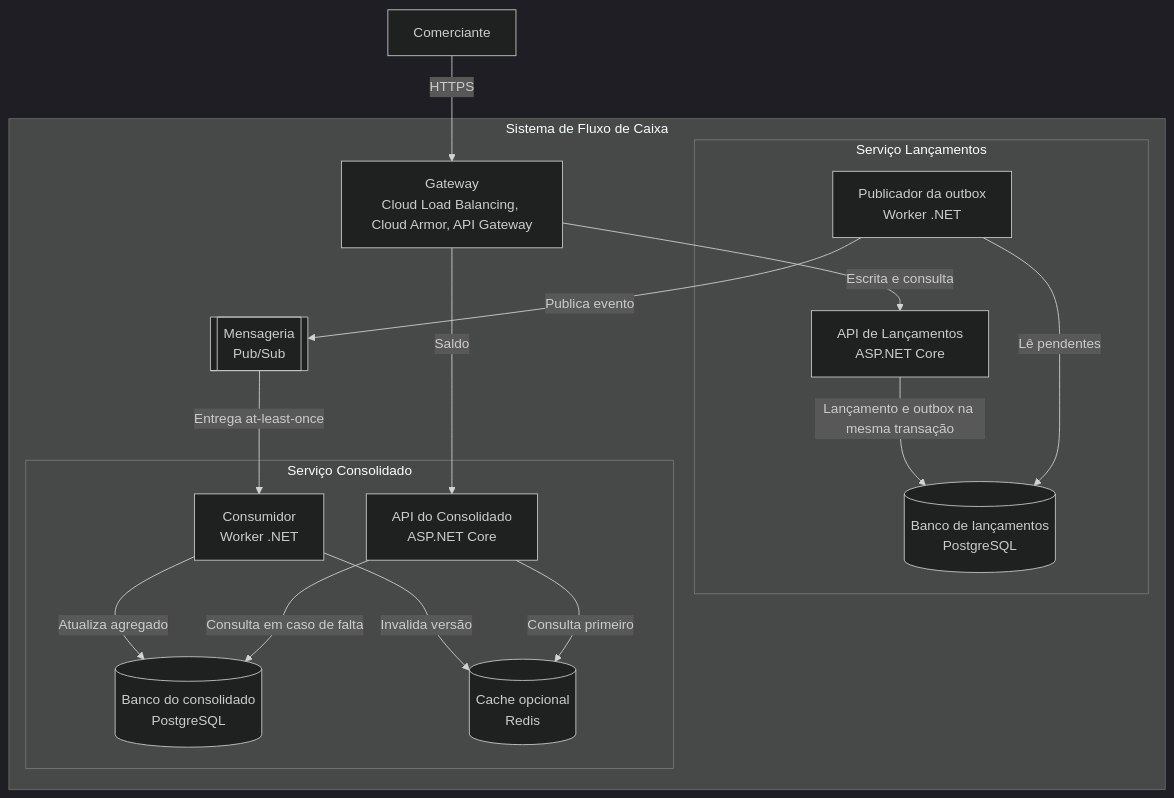
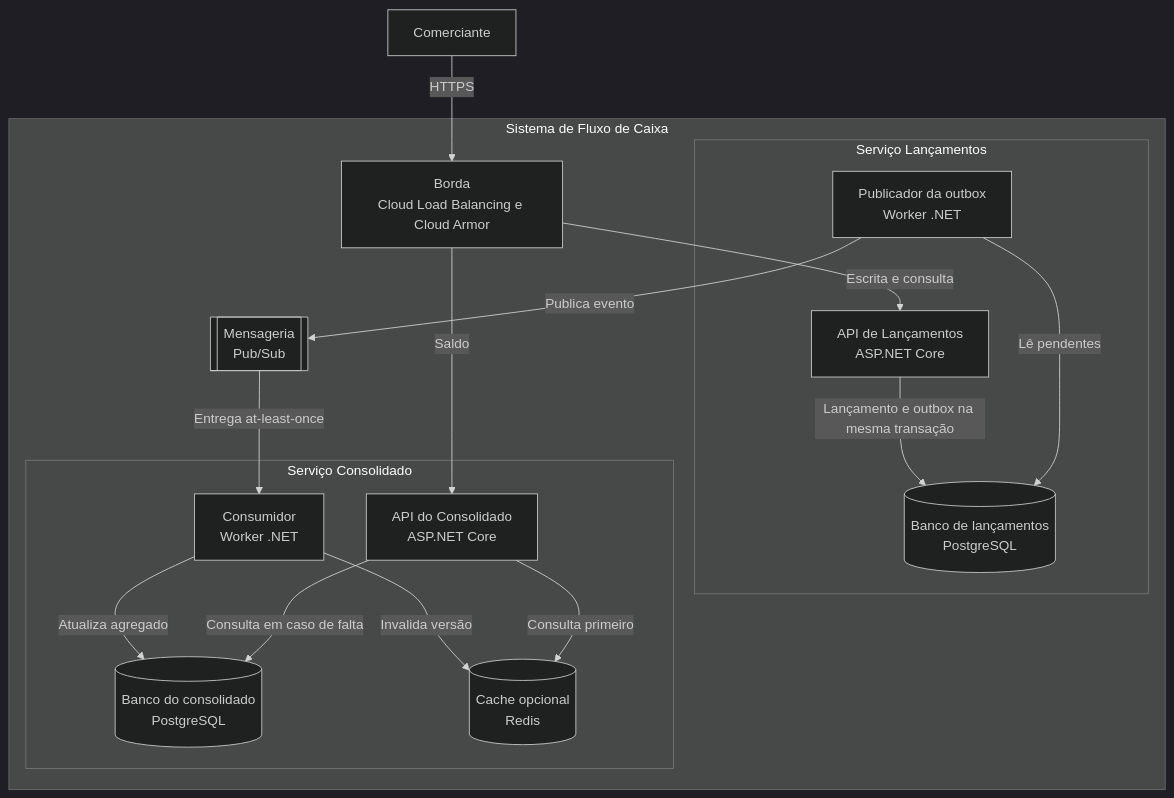
One commit to adrielcodeco/daily-cash-flow changed the second of 12 diagrams in docs/03-arquitetura-alvo.md. Above: the diagram before and after it, drawn with Mermaid (dark theme). The commit also changed other lines of this file and 142 other files, not shown here.

````diff
--- a/docs/03-arquitetura-alvo.md
+++ b/docs/03-arquitetura-alvo.md
@@ -21,30 +21,30 @@
 ```mermaid
 flowchart TB
     COM[Comerciante]
     subgraph SIS[Sistema de Fluxo de Caixa]
-        GW["Gateway<br/>Cloud Load Balancing, Cloud Armor, API Gateway"]
+        LB["Borda<br/>Cloud Load Balancing e Cloud Armor"]
         subgraph LS[Serviço Lançamentos]
             LA["API de Lançamentos<br/>ASP.NET Core"]
             LP["Publicador da outbox<br/>Worker .NET"]
             LD[("Banco de lançamentos<br/>PostgreSQL")]
         end
         MQ[["Mensageria<br/>Pub/Sub"]]
         subgraph CS[Serviço Consolidado]
             CC["Consumidor<br/>Worker .NET"]
             CA["API do Consolidado<br/>ASP.NET Core"]
             CD[("Banco do consolidado<br/>PostgreSQL")]
             CR[("Cache opcional<br/>Redis")]
         end
     end
-    COM -- "HTTPS" --> GW
-    GW -- "Escrita e consulta" --> LA
-    GW -- "Saldo" --> CA
+    COM -- "HTTPS" --> LB
+    LB -- "Escrita e consulta" --> LA
+    LB -- "Saldo" --> CA
     LA -- "Lançamento e outbox na mesma transação" --> LD
     LP -- "Lê pendentes" --> LD
     LP -- "Publica evento" --> MQ
     MQ -- "Entrega at-least-once" --> CC
     CC -- "Atualiza agregado" --> CD
     CC -- "Invalida versão" --> CR
     CA -- "Consulta primeiro" --> CR
     CA -- "Consulta em caso de falta" --> CD
 ```
````
